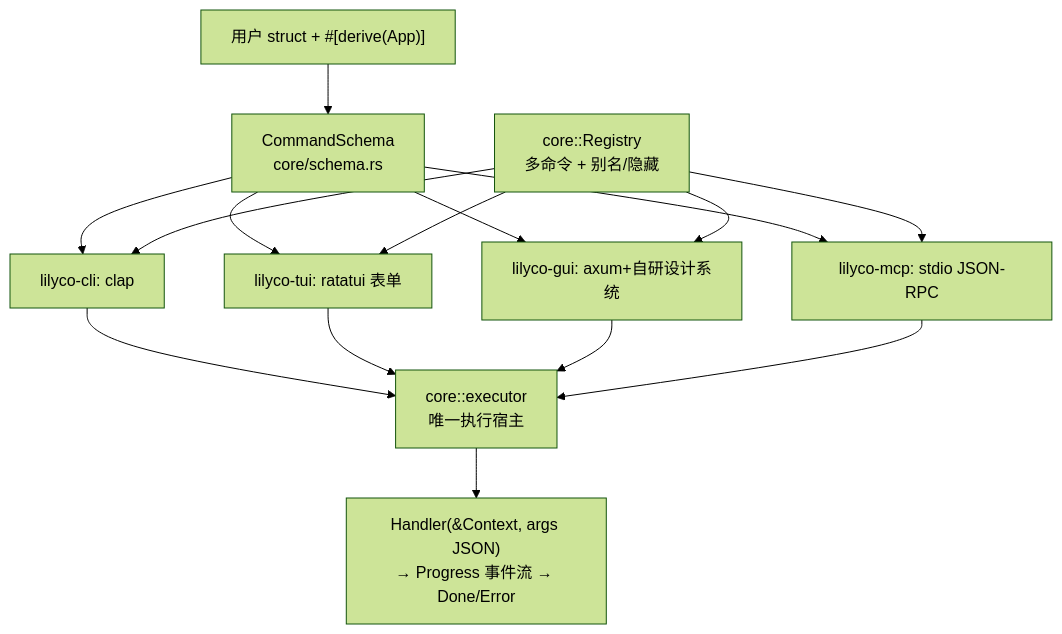
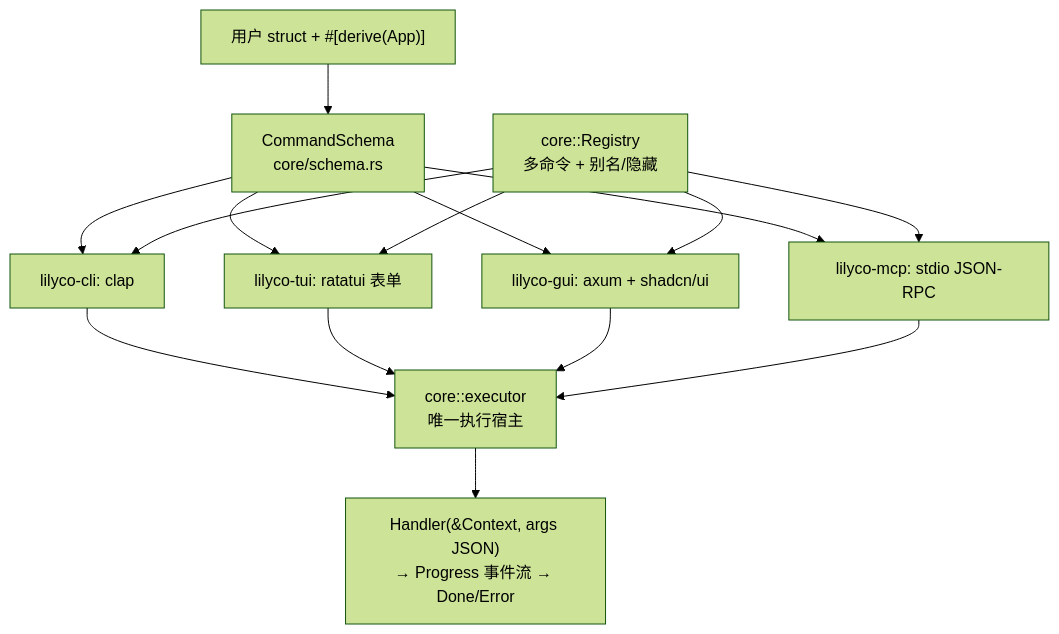
The diagram in docs/CODEGRAPH.md (lilyco-42/lilyco), drawn with Mermaid (forest theme) before and after one commit. The commit also changed other lines of this file and 41 other files, not shown here.

Commit message:
feat(gui,i18n): 支持应用级中英文语言包与 imgpress 中文界面 (lilyco-macros 0.3.1)

````diff
--- a/docs/CODEGRAPH.md
+++ b/docs/CODEGRAPH.md
@@ -11,11 +11,11 @@
 ```mermaid
 flowchart TD
     A["用户 struct + #[derive(App)]"] --> B["CommandSchema<br/>core/schema.rs"]
     B --> C[lilyco-cli: clap]
     B --> D[lilyco-tui: ratatui 表单]
-    B --> E[lilyco-gui: axum+自研设计系统]
+    B --> E[lilyco-gui: axum + shadcn/ui]
     B --> F[lilyco-mcp: stdio JSON-RPC]
     C & D & E & F --> G["core::executor<br/>唯一执行宿主"]
     G --> H["Handler(&Context, args JSON)<br/>→ Progress 事件流 → Done/Error"]
     R["core::Registry<br/>多命令 + 别名/隐藏"] --> C & D & E & F
 ```
````
